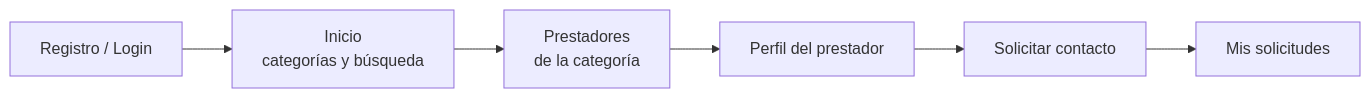
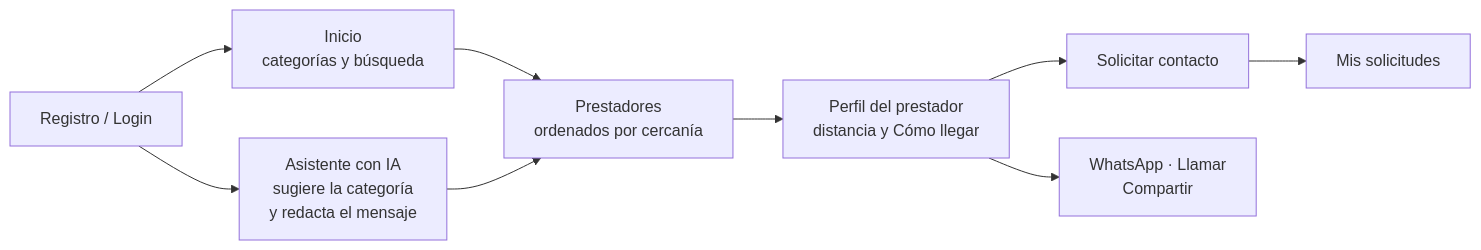
The diagram in README.md (Gon-nazz19/ServiciosYA), drawn with Mermaid before and after one commit. The commit also changed other lines of this file, not shown here.

Commit message:
docs: README flow, architecture and tests reflect the TP7 integrations

````diff
--- a/README.md
+++ b/README.md
@@ -44,8 +44,11 @@
 ```mermaid
 flowchart LR
     A[Registro / Login] --> B[Inicio<br/>categorías y búsqueda]
-    B --> C[Prestadores<br/>de la categoría]
-    C --> D[Perfil del prestador]
+    A --> G[Asistente con IA<br/>sugiere la categoría<br/>y redacta el mensaje]
+    B --> C[Prestadores<br/>ordenados por cercanía]
+    G --> C
+    C --> D[Perfil del prestador<br/>distancia y Cómo llegar]
     D --> E[Solicitar contacto]
+    D --> H[WhatsApp · Llamar<br/>Compartir]
     E --> F[Mis solicitudes]
 ```
````
